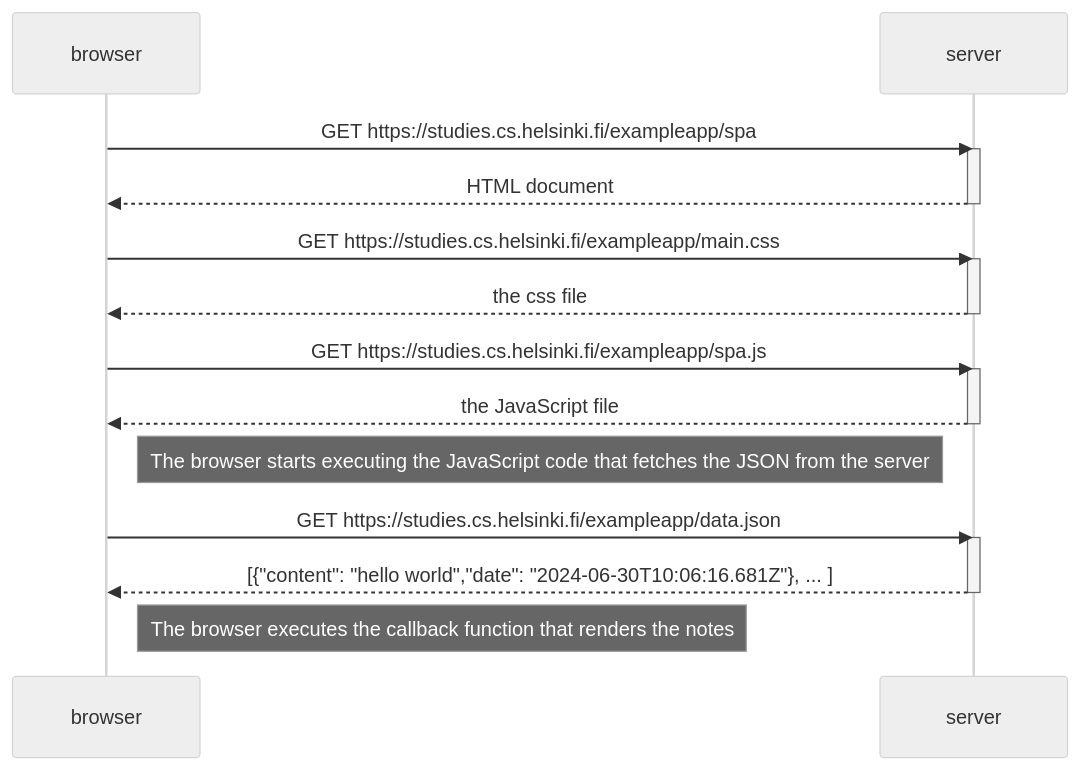
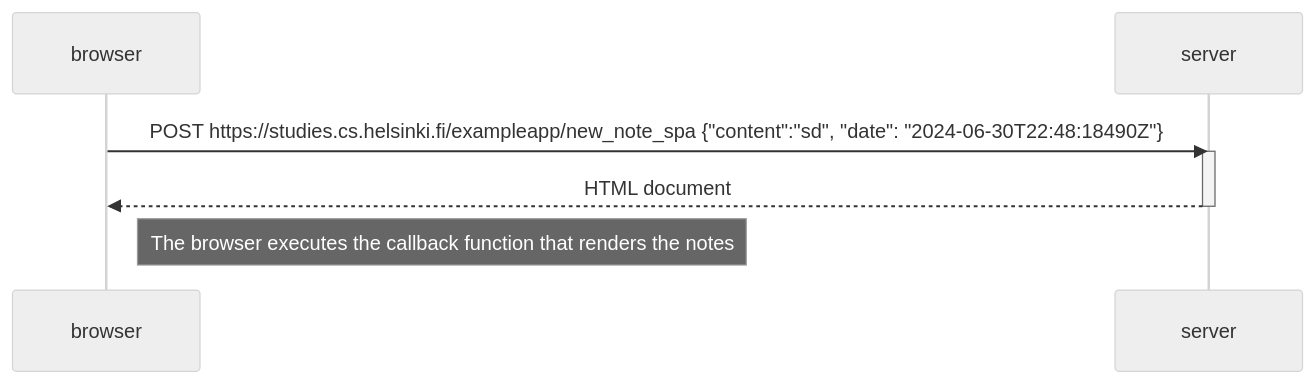
The diagram in part0/new-note-in-single-page-app-diagram/diagram.md (neckcode/full-stack-open-finland), drawn with Mermaid (neutral theme) before and after one commit. The commit also changed 1 other file, not shown here.

Commit message:
note in single app page

````diff
--- a/part0/new-note-in-single-page-app-diagram/diagram.md
+++ b/part0/new-note-in-single-page-app-diagram/diagram.md
@@ -1,30 +1,14 @@
 ```mermaid
 sequenceDiagram
     participant browser
     participant server
 
-    browser->>server: GET https://studies.cs.helsinki.fi/exampleapp/spa
+    browser->>server: POST https://studies.cs.helsinki.fi/exampleapp/new_note_spa {"content":"sd", "date": "2024-06-30T22:48:18490Z"}
+
     activate server
     server-->>browser: HTML document
-    deactivate server
-
-    browser->>server: GET https://studies.cs.helsinki.fi/exampleapp/main.css
-    activate server
-    server-->>browser: the css file
-    deactivate server
-
-    browser->>server: GET https://studies.cs.helsinki.fi/exampleapp/spa.js
-    activate server
-    server-->>browser: the JavaScript file
-    deactivate server
-
-    Note right of browser: The browser starts executing the JavaScript code that fetches the JSON from the server
-
-    browser->>server: GET https://studies.cs.helsinki.fi/exampleapp/data.json
-    activate server
-    server-->>browser: [{"content": "hello world","date": "2024-06-30T10:06:16.681Z"}, ... ]
     deactivate server
 
     Note right of browser: The browser executes the callback function that renders the notes
 
 ```
````
